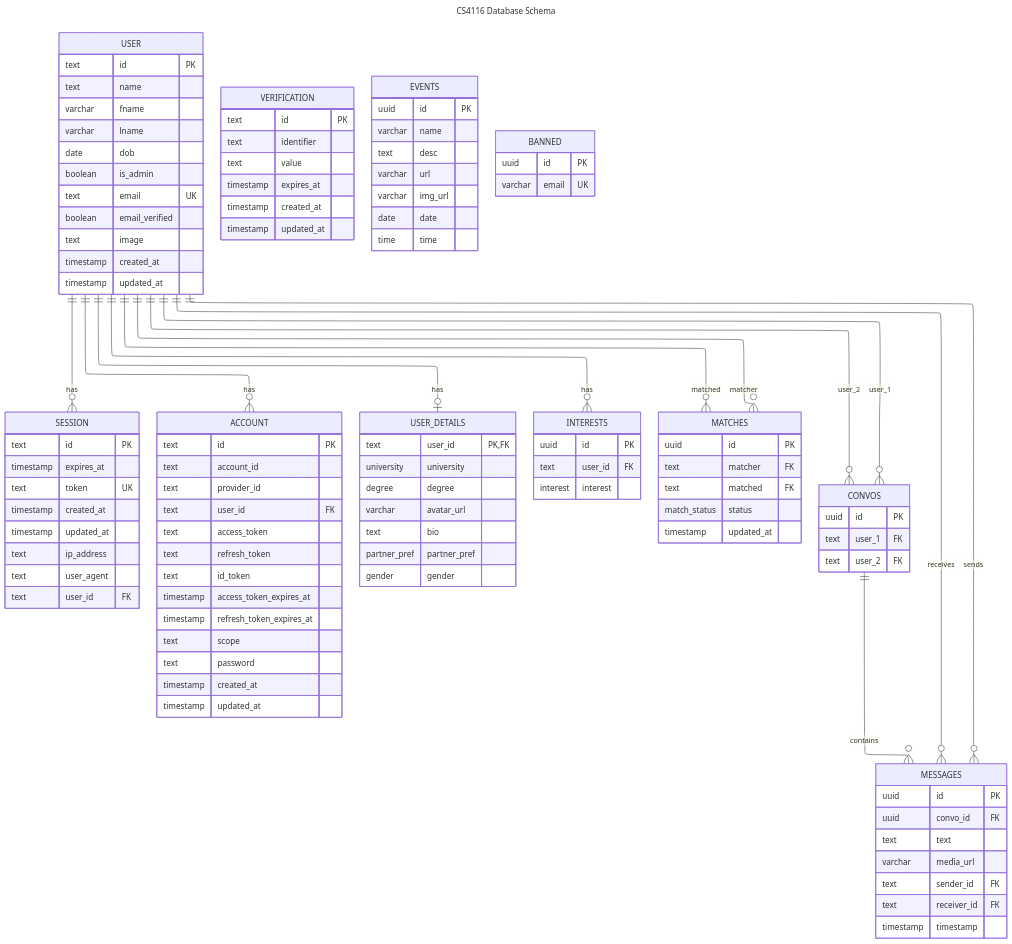
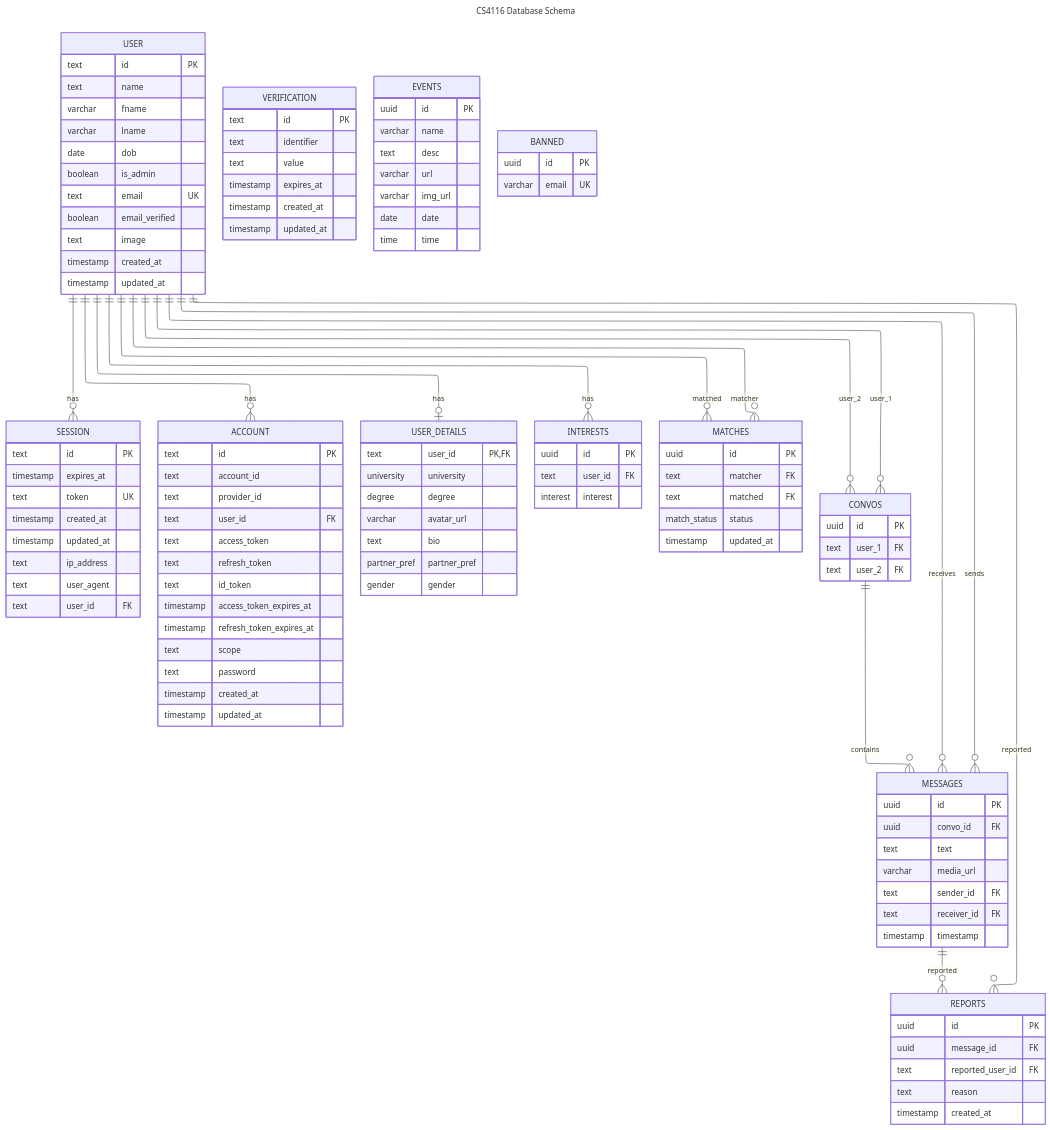
The diagram in schema-diagram.md (SamSmith2004/CS4116_Project), drawn with Mermaid before and after one commit. The commit also changed 2 other files, not shown here.

Commit message:
schema update

````diff
--- a/schema-diagram.md
+++ b/schema-diagram.md
@@ -112,6 +112,14 @@
         varchar email UK
     }
 
+    REPORTS {
+        uuid id PK
+        uuid message_id FK
+        text reported_user_id FK
+        text reason
+        timestamp created_at
+    }
+
     USER ||--o{ SESSION : "has"
     USER ||--o{ ACCOUNT : "has"
     USER ||--o| USER_DETAILS : "has"
@@ -122,5 +130,7 @@
     USER ||--o{ CONVOS : "user_2"
     USER ||--o{ MESSAGES : "sends"
     USER ||--o{ MESSAGES : "receives"
+    USER ||--o{ REPORTS : "reported"
     CONVOS ||--o{ MESSAGES : "contains"
+    MESSAGES ||--o{ REPORTS : "reported"
 ```
````
